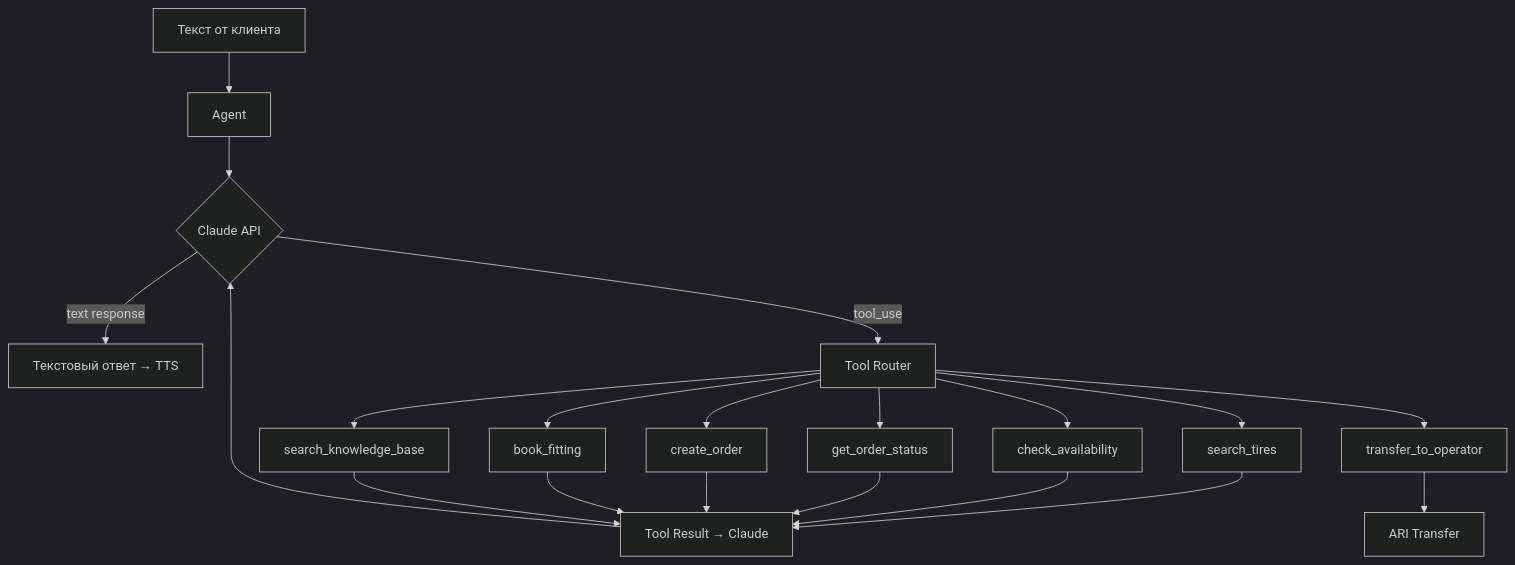
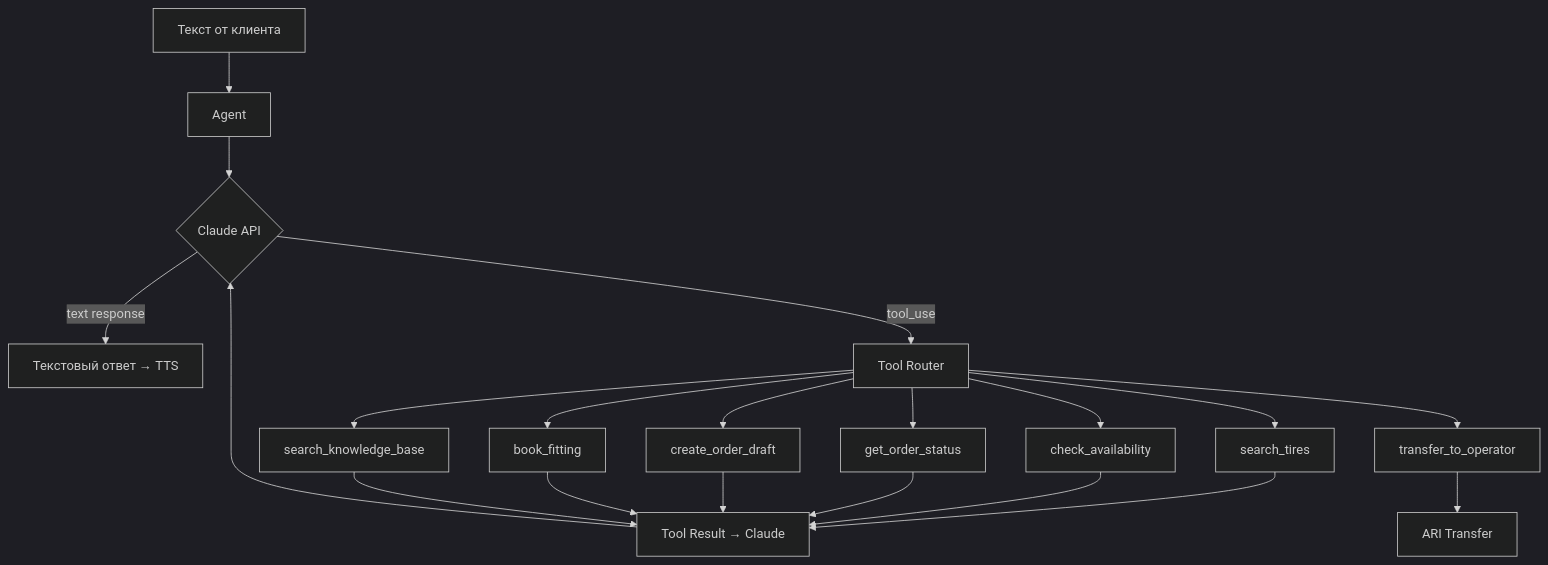
Before and after one commit to svv2602/call-center: the sixth of 6 diagrams in doc/technical/architecture.md, drawn with Mermaid (dark theme). The commit also changed other lines of this file and 11 other files, not shown here.

````diff
--- a/doc/technical/architecture.md
+++ b/doc/technical/architecture.md
@@ -300,17 +300,17 @@
 ```mermaid
 graph TD
     A[Текст от клиента] --> B[Agent]
     B --> C{Claude API}
     C -->|text response| D[Текстовый ответ → TTS]
     C -->|tool_use| E[Tool Router]
     E --> F[search_tires]
     E --> G[check_availability]
     E --> H[get_order_status]
-    E --> I[create_order]
+    E --> I[create_order_draft]
     E --> J[book_fitting]
     E --> K[transfer_to_operator]
     E --> L[search_knowledge_base]
     F & G & H & I & J & L --> M[Tool Result → Claude]
     M --> C
     K --> N[ARI Transfer]
 ```
````
